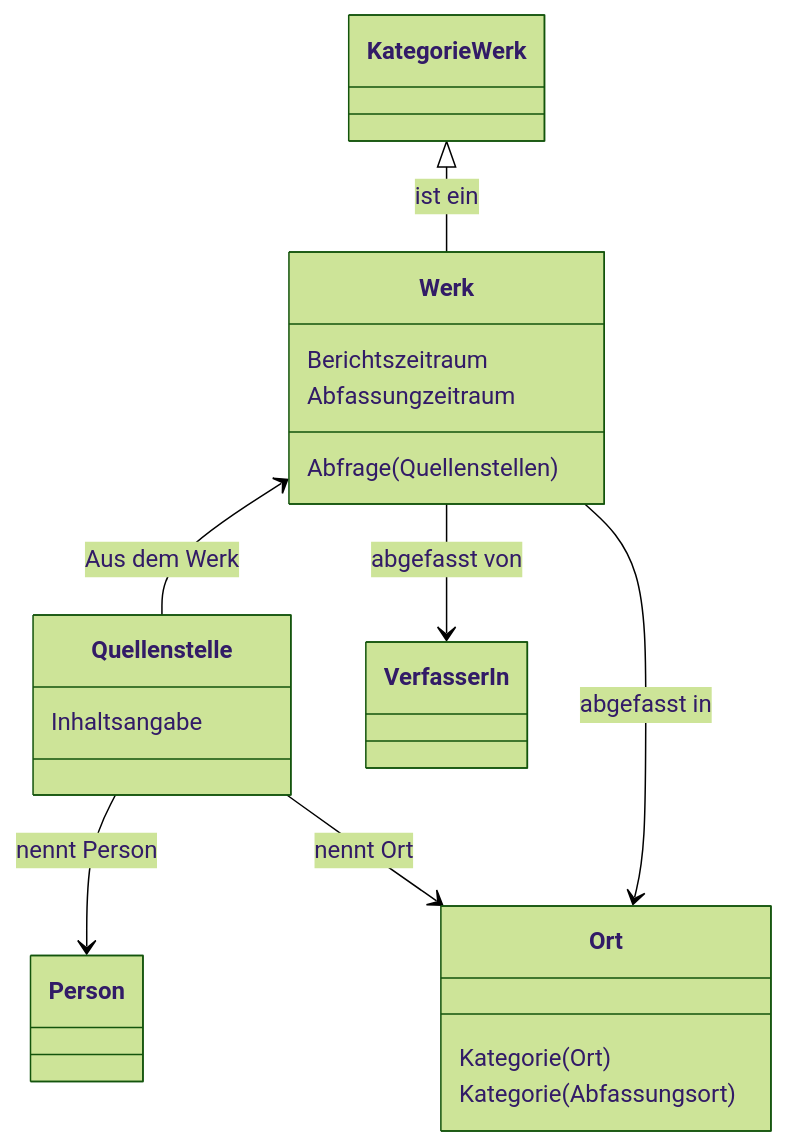
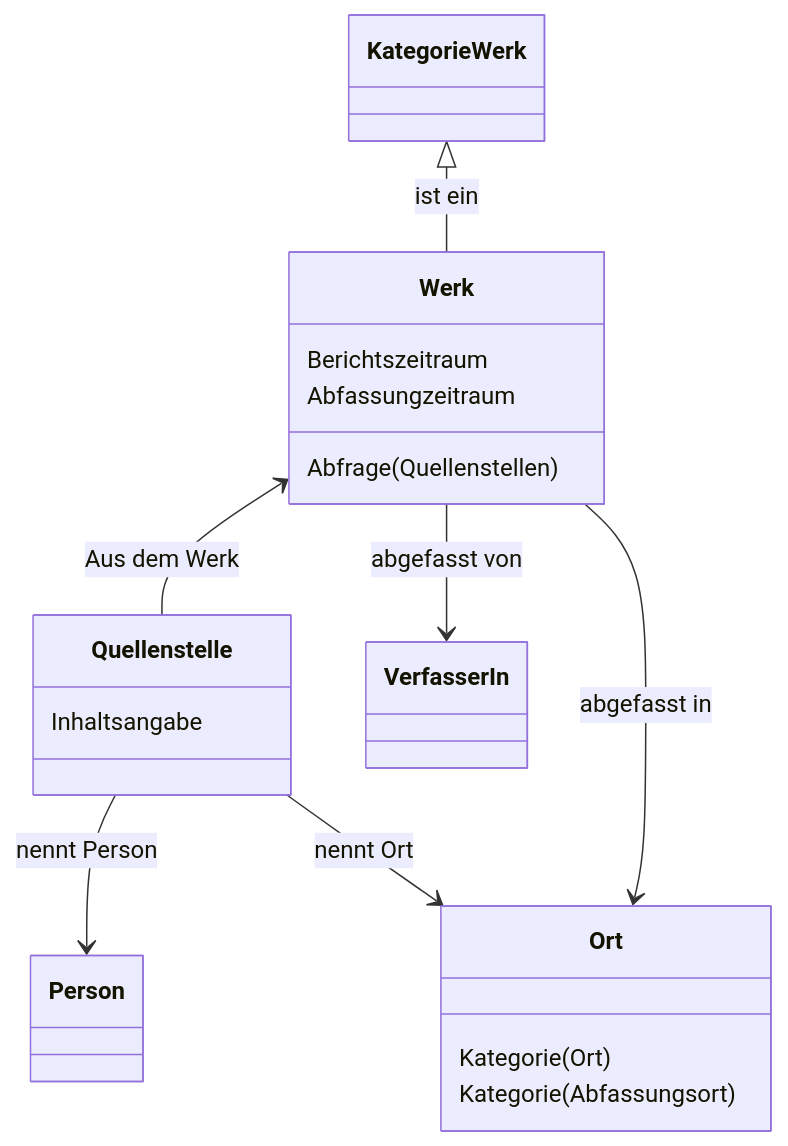
Before and after one commit to cceh/sarazenen-wiki: the diagram in datenmodell/Readme.MD, drawn with Mermaid.

````diff
--- a/datenmodell/Readme.MD
+++ b/datenmodell/Readme.MD
@@ -1,33 +1,31 @@
 ```mermaid
-
-%%{init: { 'theme': 'forest' } }%%
 
 classDiagram
 
     class KategorieWerk
     KategorieWerk <|-- Werk : ist ein 
 
     class Werk
     Werk: Berichtszeitraum 
     Werk: Abfassungzeitraum
     Werk <-- Quellenstelle : Aus dem Werk
     Werk --> VerfasserIn : abgefasst von
     Werk --> Ort : abgefasst in
     Werk: Abfrage(Quellenstellen)
     
     class VerfasserIn
 
     class Quellenstelle
     Quellenstelle: Inhaltsangabe
     Quellenstelle --> Person : nennt Person
     Quellenstelle --> Ort : nennt Ort  
 
     class Person
 
     class Ort
     Ort: Kategorie(Ort)
     Ort: Kategorie(Abfassungsort)
     
 end
 
 ```
````
